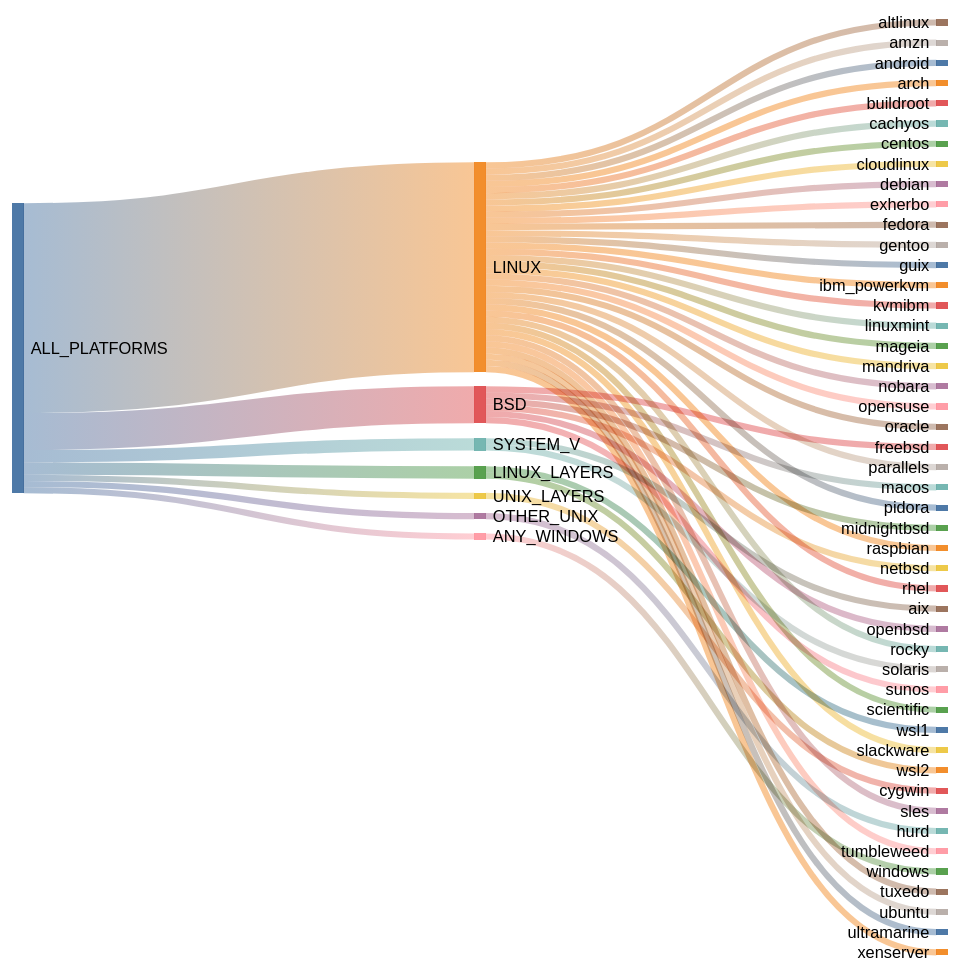
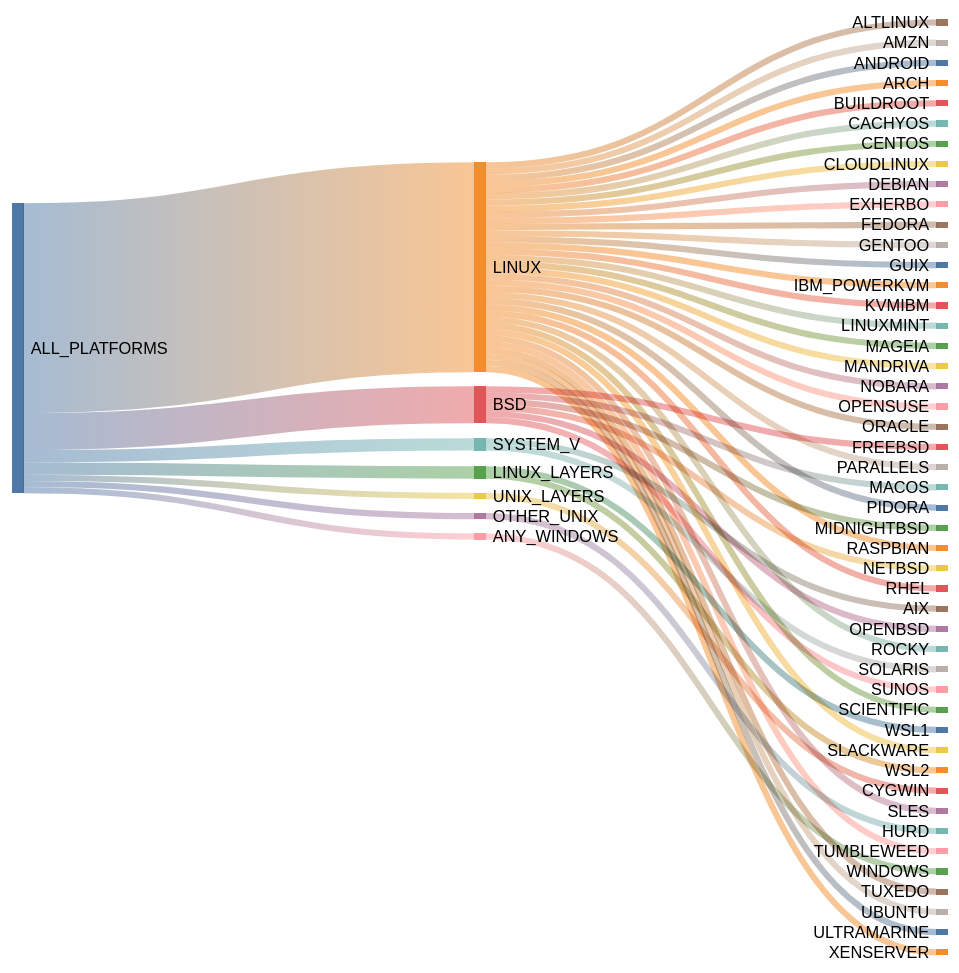
One commit to kdeldycke/extra-platforms changed the first of 2 diagrams in docs/platforms.md. Above: the diagram before and after it, drawn with Mermaid (forest theme). The commit also changed other lines of this file and 4 other files, not shown here.

Commit message:
Use symbols everywhere in the diagrams

````diff
--- a/docs/platforms.md
+++ b/docs/platforms.md
@@ -113,61 +113,61 @@
 ```mermaid
 ---
 config: {"sankey": {"showValues": false, "width": 800, "height": 800}}
 ---
 sankey-beta
 
 ALL_PLATFORMS,LINUX,34
 ALL_PLATFORMS,BSD,6
 ALL_PLATFORMS,SYSTEM_V,2
 ALL_PLATFORMS,LINUX_LAYERS,2
 ALL_PLATFORMS,UNIX_LAYERS,1
 ALL_PLATFORMS,OTHER_UNIX,1
 ALL_PLATFORMS,ANY_WINDOWS,1
-LINUX,altlinux,1
-LINUX,amzn,1
-LINUX,android,1
-LINUX,arch,1
-LINUX,buildroot,1
-LINUX,cachyos,1
-LINUX,centos,1
-LINUX,cloudlinux,1
-LINUX,debian,1
-LINUX,exherbo,1
-LINUX,fedora,1
-LINUX,gentoo,1
-LINUX,guix,1
-LINUX,ibm_powerkvm,1
-LINUX,kvmibm,1
-LINUX,linuxmint,1
-LINUX,mageia,1
-LINUX,mandriva,1
-LINUX,nobara,1
-LINUX,opensuse,1
-LINUX,oracle,1
-LINUX,parallels,1
-LINUX,pidora,1
-LINUX,raspbian,1
-LINUX,rhel,1
-LINUX,rocky,1
-LINUX,scientific,1
-LINUX,slackware,1
-LINUX,sles,1
-LINUX,tumbleweed,1
-LINUX,tuxedo,1
-LINUX,ubuntu,1
-LINUX,ultramarine,1
-LINUX,xenserver,1
-BSD,freebsd,1
-BSD,macos,1
-BSD,midnightbsd,1
-BSD,netbsd,1
-BSD,openbsd,1
-BSD,sunos,1
-SYSTEM_V,aix,1
-SYSTEM_V,solaris,1
-LINUX_LAYERS,wsl1,1
-LINUX_LAYERS,wsl2,1
-UNIX_LAYERS,cygwin,1
-OTHER_UNIX,hurd,1
-ANY_WINDOWS,windows,1
+LINUX,ALTLINUX,1
+LINUX,AMZN,1
+LINUX,ANDROID,1
+LINUX,ARCH,1
+LINUX,BUILDROOT,1
+LINUX,CACHYOS,1
+LINUX,CENTOS,1
+LINUX,CLOUDLINUX,1
+LINUX,DEBIAN,1
+LINUX,EXHERBO,1
+LINUX,FEDORA,1
+LINUX,GENTOO,1
+LINUX,GUIX,1
+LINUX,IBM_POWERKVM,1
+LINUX,KVMIBM,1
+LINUX,LINUXMINT,1
+LINUX,MAGEIA,1
+LINUX,MANDRIVA,1
+LINUX,NOBARA,1
+LINUX,OPENSUSE,1
+LINUX,ORACLE,1
+LINUX,PARALLELS,1
+LINUX,PIDORA,1
+LINUX,RASPBIAN,1
+LINUX,RHEL,1
+LINUX,ROCKY,1
+LINUX,SCIENTIFIC,1
+LINUX,SLACKWARE,1
+LINUX,SLES,1
+LINUX,TUMBLEWEED,1
+LINUX,TUXEDO,1
+LINUX,UBUNTU,1
+LINUX,ULTRAMARINE,1
+LINUX,XENSERVER,1
+BSD,FREEBSD,1
+BSD,MACOS,1
+BSD,MIDNIGHTBSD,1
+BSD,NETBSD,1
+BSD,OPENBSD,1
+BSD,SUNOS,1
+SYSTEM_V,AIX,1
+SYSTEM_V,SOLARIS,1
+LINUX_LAYERS,WSL1,1
+LINUX_LAYERS,WSL2,1
+UNIX_LAYERS,CYGWIN,1
+OTHER_UNIX,HURD,1
+ANY_WINDOWS,WINDOWS,1
 ```
````
